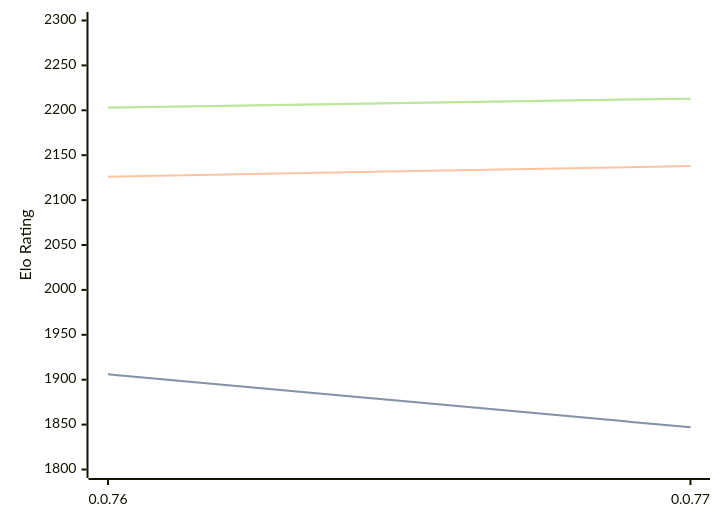
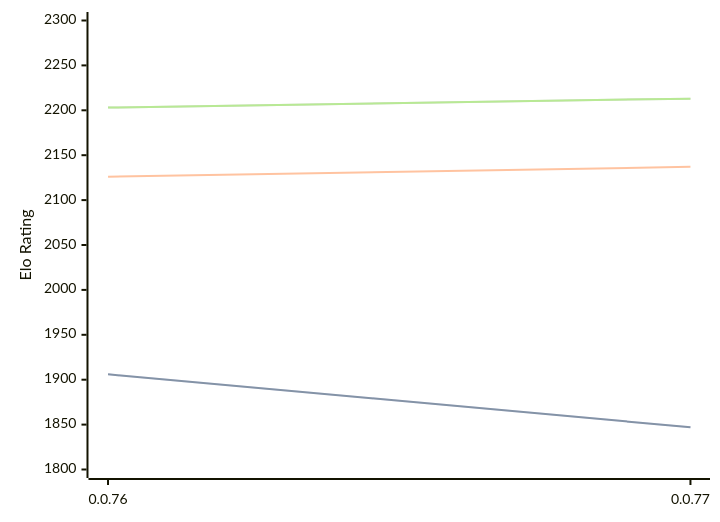
Before and after one commit to computer-chess-index/cci: the third of 3 diagrams in engines/Fktb.md, drawn with Mermaid. The commit also changed other lines of this file, not shown here.

````diff
--- a/engines/Fktb.md
+++ b/engines/Fktb.md
@@ -65,11 +65,11 @@
 ```mermaid
 %%{init: {"theme":"base","themeVariables":{"seriesColors:['#a3a3a3','#222221','#faa371']}}}%%
 xychart-beta
   x-axis ["0.0.76", "0.0.77"]
   y-axis "Elo Rating" 1800 --> 2300
   line "STC (8.0+0.08s)" [1906, 1847]
   line "STC (8.0+0.08s)" [1906, 1847]
-  line "LTC (60.0+0.60s)" [2126, 2138]
+  line "LTC (60.0+0.60s)" [2126, 2137]
   line "VLTC (2m24s+1.12s)" [2203, 2213]
   line "VLTC (2m24s+1.12s)" [2203, 2213]
 ```
````
